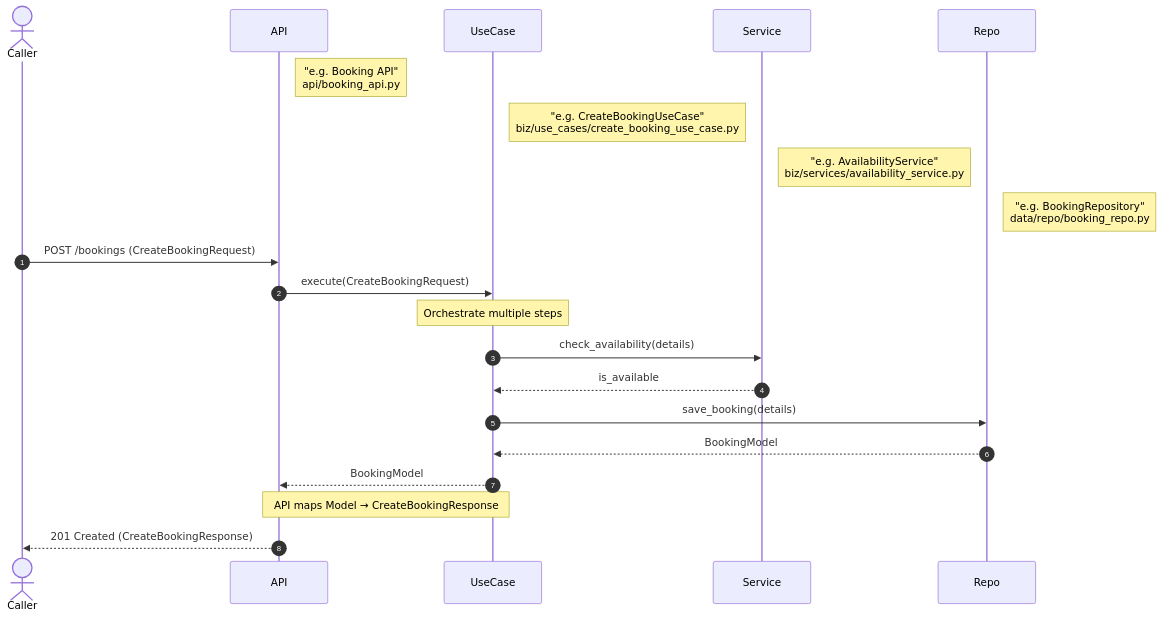
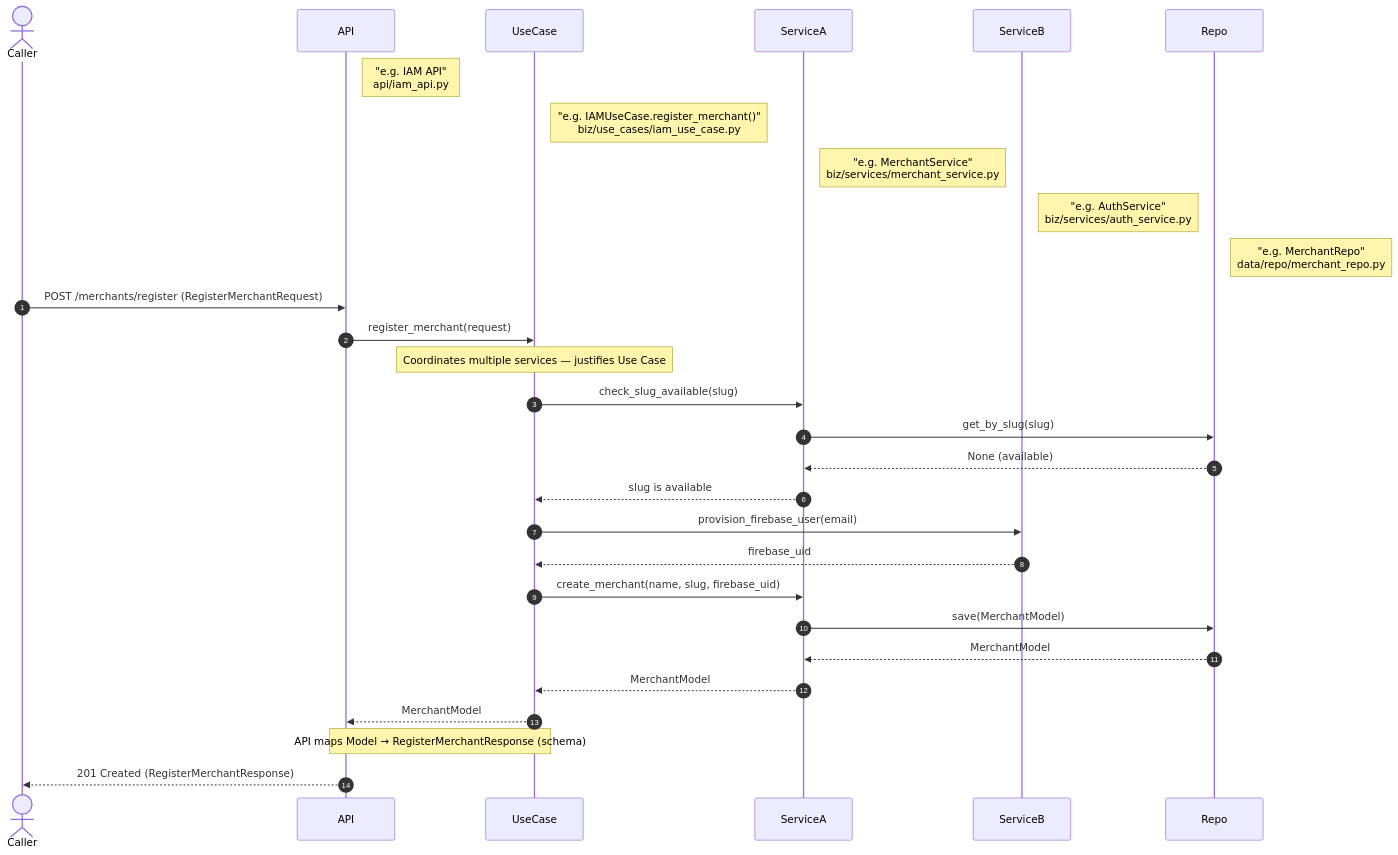
One commit to eSynergy-Solutions/architecture-patterns changed the third of 7 diagrams in Patterns/Apps/Microservices/python/BDP-FastApi-agentic.md. Above: the diagram before and after it, drawn with Mermaid. The commit also changed other lines of this file, not shown here.

Commit message:
docs(architecture): clarify Use Case rule — only multi-service orchestration
Update BDP-FastApi-agentic.md:
- Use Cases: one class per domain (e.g. IAMUseCase), not one per operation
- Rule: a method only belongs in <Domain>UseCase if it coordinates 2+ services
- API can call Services directly for single-service operations (no UseCase wrapper)
- Services must NOT import other services — cross-service coordination is exclusively in Use Cases
- Update Use Case sequence diagram with concrete IAMUseCase.register_merchant() example showing MerchantService + AuthService
- Naming convention: <Domain>UseCase (e.g. IAMUseCase, BookingUseCase)
- Add two new enforced rules to the Notes section

This pattern prevents anemic Use Cases and God Objects while keeping ceremony minimal for pragmatic teams.

````diff
--- a/Patterns/Apps/Microservices/python/BDP-FastApi-agentic.md
+++ b/Patterns/Apps/Microservices/python/BDP-FastApi-agentic.md
@@ -149,25 +156,33 @@
 ```mermaid
 sequenceDiagram
     autonumber
     actor User as Caller
     participant API
     participant UseCase
-    participant Service
+    participant ServiceA
+    participant ServiceB
     participant Repo
 
-    Note right of API: "e.g. Booking API"<br/>api/booking_api.py
-    Note right of UseCase: "e.g. CreateBookingUseCase"<br/>biz/use_cases/create_booking_use_case.py
-    Note right of Service: "e.g. AvailabilityService"<br/>biz/services/availability_service.py
-    Note right of Repo: "e.g. BookingRepository"<br/>data/repo/booking_repo.py
+    Note right of API: "e.g. IAM API"<br/>api/iam_api.py
+    Note right of UseCase: "e.g. IAMUseCase.register_merchant()"<br/>biz/use_cases/iam_use_case.py
+    Note right of ServiceA: "e.g. MerchantService"<br/>biz/services/merchant_service.py
+    Note right of ServiceB: "e.g. AuthService"<br/>biz/services/auth_service.py
+    Note right of Repo: "e.g. MerchantRepo"<br/>data/repo/merchant_repo.py
 
-    User->>API: POST /bookings (CreateBookingRequest)
-    API->>UseCase: execute(CreateBookingRequest)
-    Note over UseCase: Orchestrate multiple steps
-    UseCase->>Service: check_availability(details)
-    Service-->>UseCase: is_available
-    UseCase->>Repo: save_booking(details)
-    Repo-->>UseCase: BookingModel
-    UseCase-->>API: BookingModel
-    Note over API,UseCase: API maps Model → CreateBookingResponse
-    API-->>User: 201 Created (CreateBookingResponse)
+    User->>API: POST /merchants/register (RegisterMerchantRequest)
+    API->>UseCase: register_merchant(request)
+    Note over UseCase: Coordinates multiple services — justifies Use Case
+    UseCase->>ServiceA: check_slug_available(slug)
+    ServiceA->>Repo: get_by_slug(slug)
+    Repo-->>ServiceA: None (available)
+    ServiceA-->>UseCase: slug is available
+    UseCase->>ServiceB: provision_firebase_user(email)
+    ServiceB-->>UseCase: firebase_uid
+    UseCase->>ServiceA: create_merchant(name, slug, firebase_uid)
+    ServiceA->>Repo: save(MerchantModel)
+    Repo-->>ServiceA: MerchantModel
+    ServiceA-->>UseCase: MerchantModel
+    UseCase-->>API: MerchantModel
+    Note over API,UseCase: API maps Model → RegisterMerchantResponse (schema)
+    API-->>User: 201 Created (RegisterMerchantResponse)
 ```
````
